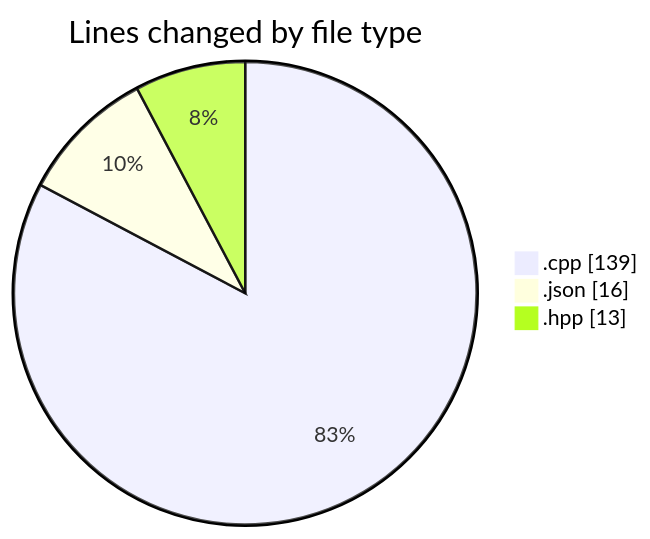
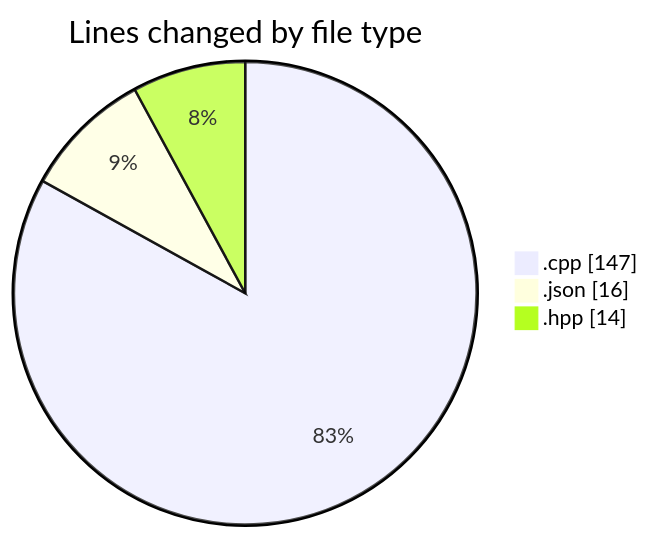
One commit to Netris89/code-tracking changed the first of 2 diagrams in 2025-05-01/date/README.md. Above: the diagram before and after it, drawn with Mermaid. The commit also changed other lines of this file and 1 other file, not shown here.

````diff
--- a/2025-05-01/date/README.md
+++ b/2025-05-01/date/README.md
@@ -22,7 +23,7 @@
 ```mermaid
 pie showData
 title Lines changed by file type
-".cpp" : 139
+".cpp" : 147
 ".json" : 16
-".hpp" : 13
+".hpp" : 14
 ```
````
